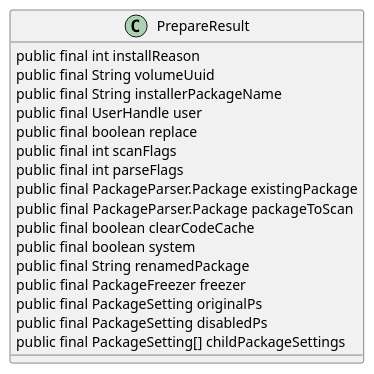
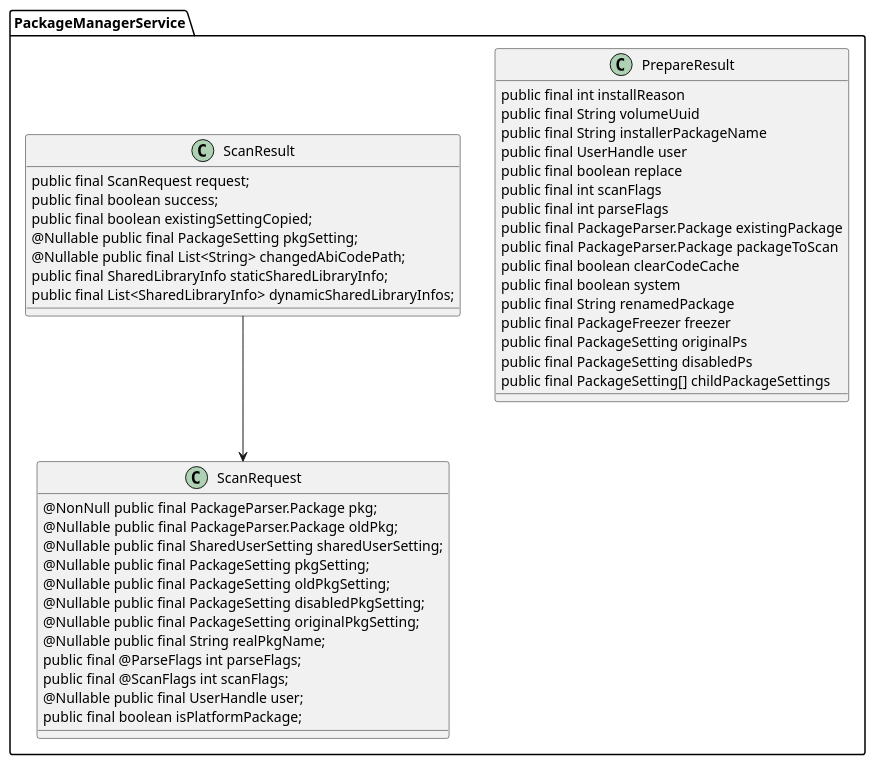
The diagram in source/_posts/android/pkms/package-install/class-3.puml (PJH0x0/hexo-backup), drawn with PlantUML before and after one commit. The commit also changed 1 other file, not shown here.

Commit message:
<20200717><Update install package>

```diff
--- a/source/_posts/android/pkms/package-install/class-3.puml
+++ b/source/_posts/android/pkms/package-install/class-3.puml
@@ -1,21 +1,48 @@
 @startuml package-install-class-2
 
-class PrepareResult {
+class PackageManagerService.PrepareResult {
     public final int installReason
     public final String volumeUuid
     public final String installerPackageName
     public final UserHandle user
     public final boolean replace
     public final int scanFlags
     public final int parseFlags
     public final PackageParser.Package existingPackage
     public final PackageParser.Package packageToScan
     public final boolean clearCodeCache
     public final boolean system
     public final String renamedPackage
     public final PackageFreezer freezer
     public final PackageSetting originalPs
     public final PackageSetting disabledPs
     public final PackageSetting[] childPackageSettings   
 }
+
+class PackageManagerService.ScanRequest {
+    @NonNull public final PackageParser.Package pkg;
+    @Nullable public final PackageParser.Package oldPkg;
+    @Nullable public final SharedUserSetting sharedUserSetting;
+    @Nullable public final PackageSetting pkgSetting;
+    @Nullable public final PackageSetting oldPkgSetting;
+    @Nullable public final PackageSetting disabledPkgSetting;
+    @Nullable public final PackageSetting originalPkgSetting;
+    @Nullable public final String realPkgName;
+    public final @ParseFlags int parseFlags;
+    public final @ScanFlags int scanFlags;
+    @Nullable public final UserHandle user;
+    public final boolean isPlatformPackage;
+    
+}
+
+class PackageManagerService.ScanResult {
+    public final ScanRequest request;
+    public final boolean success;
+    public final boolean existingSettingCopied;
+    @Nullable public final PackageSetting pkgSetting;
+    @Nullable public final List<String> changedAbiCodePath;
+    public final SharedLibraryInfo staticSharedLibraryInfo;
+    public final List<SharedLibraryInfo> dynamicSharedLibraryInfos;
+}
+PackageManagerService.ScanResult --> PackageManagerService.ScanRequest
 @enduml
```
